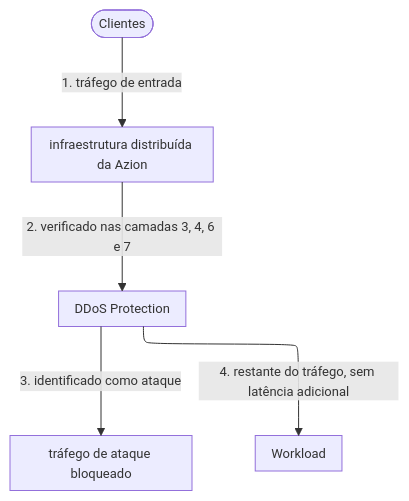
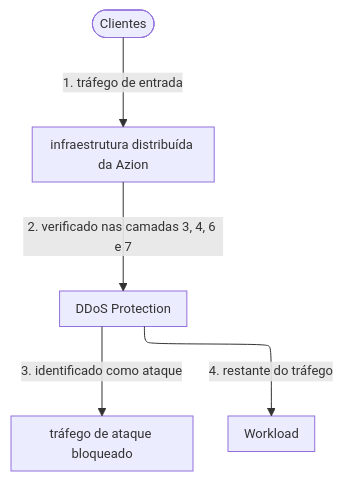
The diagram in apps/docs/src/content/docs/pt-br/pages/menu-principal/referencia/secure/edge-firewall/ddos-protection/ddos-mitigation.mdx (aziontech/docs), drawn with Mermaid before and after one commit. The commit also changed other lines of this file and 19 other files, not shown here.

````diff
--- a/apps/docs/src/content/docs/pt-br/pages/menu-principal/referencia/secure/edge-firewall/ddos-protection/ddos-mitigation.mdx
+++ b/apps/docs/src/content/docs/pt-br/pages/menu-principal/referencia/secure/edge-firewall/ddos-protection/ddos-mitigation.mdx
@@ -34,13 +34,13 @@
 ```mermaid
 %%{init: {"layout": "elk", "elk": {"preset": "modelOrder", "keepEntryNodeOnTop": true}, "themeVariables": {"fontSize": "13px"}, "flowchart": {"nodeSpacing": 24, "rankSpacing": 36, "padding": 8, "wrappingWidth": 150, "useMaxWidth": true}, "sequence": {"width": 120, "actorMargin": 30, "useMaxWidth": true}}}%%
 flowchart TD
   Clients(["Clientes"])
   Infra["infraestrutura distribuída da Azion"]
   DDoS["DDoS Protection"]
   Drop["tráfego de ataque bloqueado"]
   WL["Workload"]
   Clients -->|"1. tráfego de entrada"| Infra
   Infra -->|"2. verificado nas camadas 3, 4, 6 e 7"| DDoS
   DDoS -->|"3. identificado como ataque"| Drop
-  DDoS -->|"4. restante do tráfego, sem latência adicional"| WL
+  DDoS -->|"4. restante do tráfego"| WL
 ```
````
